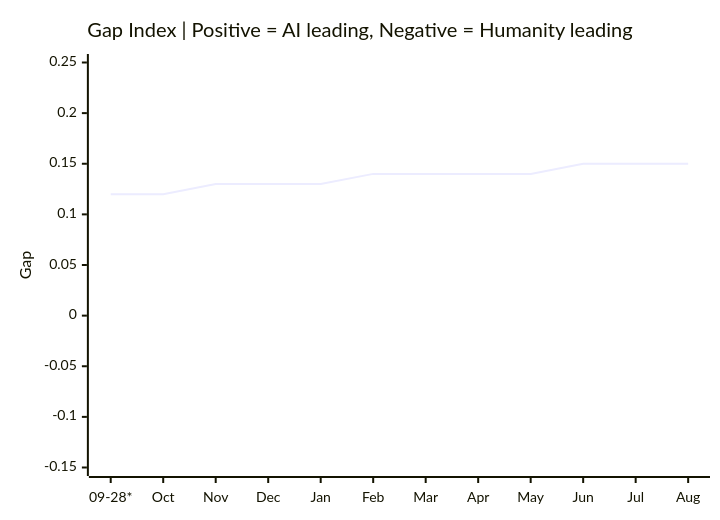
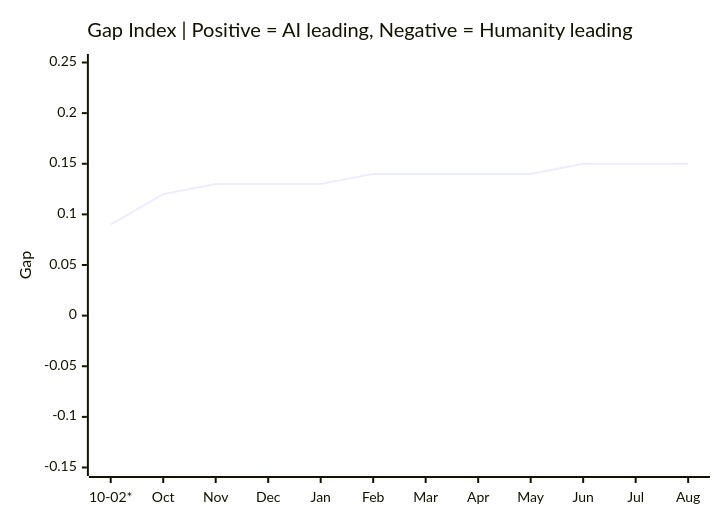
The second of 2 diagrams in README.md (VQQLK/Human-AI-Monitor), drawn with Mermaid before and after one commit. The commit also changed other lines of this file and 4 other files, not shown here.

````diff
--- a/README.md
+++ b/README.md
@@ -44,7 +44,7 @@
 ```mermaid
 xychart-beta
     title "Gap Index | Positive = AI leading, Negative = Humanity leading"
-    x-axis ["09-28*", "Oct", "Nov", "Dec", "Jan", "Feb", "Mar", "Apr", "May", "Jun", "Jul", "Aug"]
+    x-axis ["10-02*", "Oct", "Nov", "Dec", "Jan", "Feb", "Mar", "Apr", "May", "Jun", "Jul", "Aug"]
     y-axis "Gap" -0.15 --> 0.25
-    line [0.12, 0.12, 0.13, 0.13, 0.13, 0.14, 0.14, 0.14, 0.14, 0.15, 0.15, 0.15]
+    line [0.09, 0.12, 0.13, 0.13, 0.13, 0.14, 0.14, 0.14, 0.14, 0.15, 0.15, 0.15]
 ```
````
